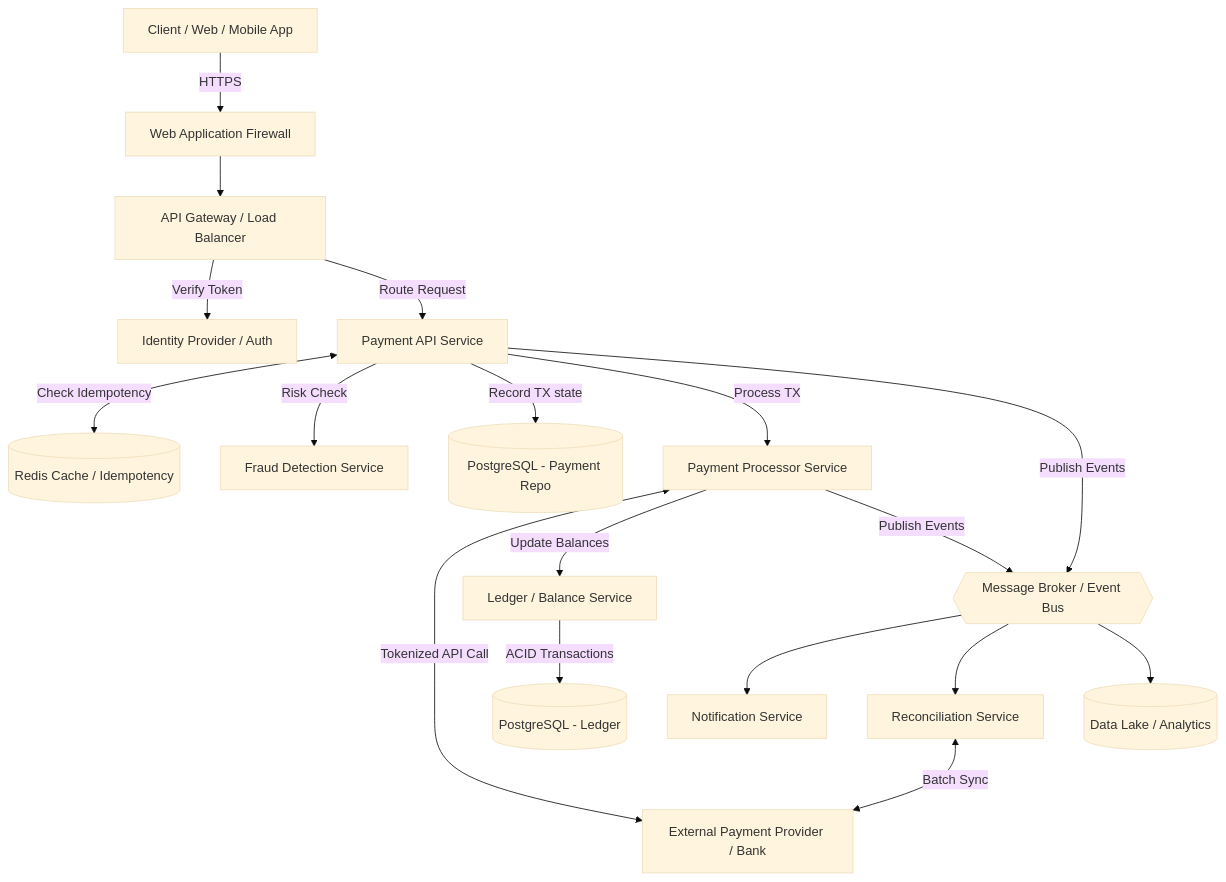
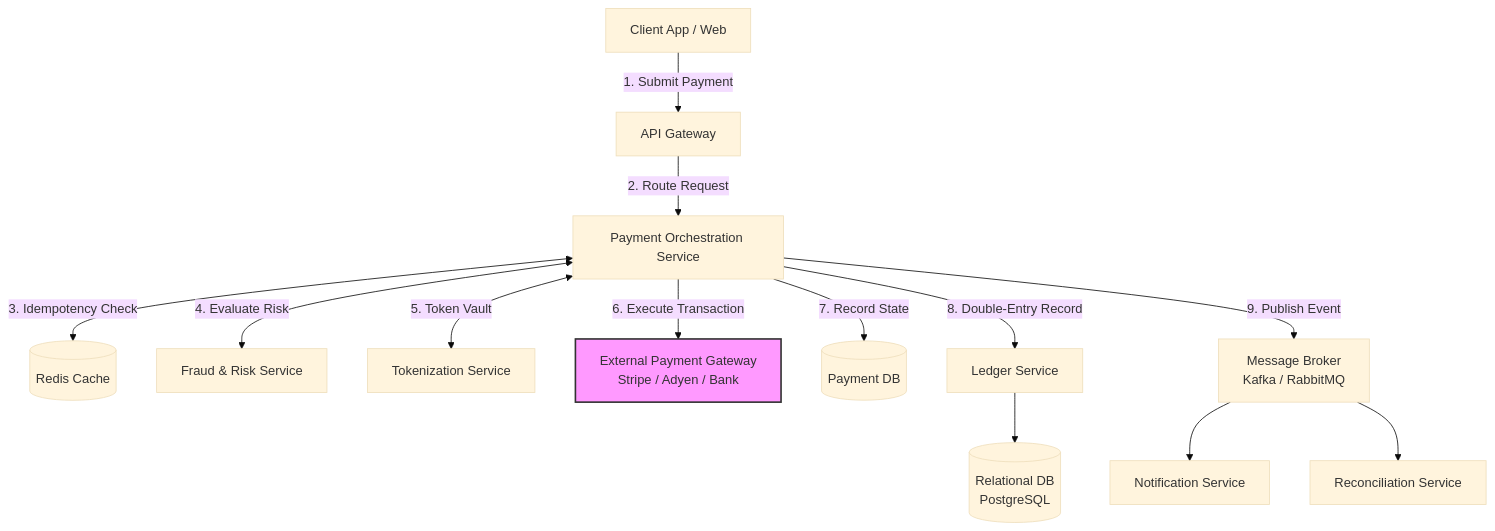
The diagram in Design_a_Payment_Processing_System.md (AdrianTorjKobza/System_Design), drawn with Mermaid (base theme) before and after one commit. The commit also changed other lines of this file, not shown here.

````diff
--- a/Design_a_Payment_Processing_System.md
+++ b/Design_a_Payment_Processing_System.md
@@ -8,54 +10,30 @@
 ```mermaid
 flowchart TD
-    %% External Entities
-    Client[Client / Web / Mobile App]
-    ExtBank[External Payment Provider / Bank]
+    %% Client and Entry Point
+    Client[Client App / Web] -->|1. Submit Payment| API[API Gateway]
     
-    %% API & Auth
-    WAF[Web Application Firewall]
-    Gateway[API Gateway / Load Balancer]
-    IdP[Identity Provider / Auth]
-
-    %% Core Services
-    PayAPI[Payment API Service]
-    Fraud[Fraud Detection Service]
-    Ledger[Ledger / Balance Service]
-    Processor[Payment Processor Service]
+    %% Core Payment Processing
+    API -->|2. Route Request| PS[Payment Orchestration Service]
     
-    %% Data & Cache
-    Redis[(Redis Cache / Idempotency)]
-    DB_Ledger[(PostgreSQL - Ledger)]
-    DB_Payment[(PostgreSQL - Payment Repo)]
+    %% Synchronous Checks
+    PS <-->|3. Idempotency Check| Cache[(Redis Cache)]
+    PS <-->|4. Evaluate Risk| FS[Fraud & Risk Service]
+    PS <-->|5. Token Vault| TV[Tokenization Service]
     
-    %% Async Messaging
-    Kafka{{Message Broker / Event Bus}}
+    %% External Gateway
+    PS -->|6. Execute Transaction| PSP[External Payment Gateway\nStripe / Adyen / Bank]
     
-    %% Downstream Services
-    Notifier[Notification Service]
-    Recon[Reconciliation Service]
-    DataLake[(Data Lake / Analytics)]
-
-    %% Flow Connections
-    Client -->|HTTPS| WAF
-    WAF --> Gateway
-    Gateway -->|Verify Token| IdP
-    Gateway -->|Route Request| PayAPI
+    %% Storage & Ledger
+    PS -->|7. Record State| DB[(Payment DB)]
+    PS -->|8. Double-Entry Record| LS[Ledger Service]
+    LS --> LDB[(Relational DB\nPostgreSQL)]
     
-    PayAPI <-->|Check Idempotency| Redis
-    PayAPI -->|Risk Check| Fraud
-    PayAPI -->|Record TX state| DB_Payment
-    PayAPI -->|Process TX| Processor
+    %% Asynchronous Processing
+    PS -->|9. Publish Event| MB[Message Broker\nKafka / RabbitMQ]
+    MB --> NS[Notification Service]
+    MB --> RS[Reconciliation Service]
     
-    Processor <-->|Tokenized API Call| ExtBank
-    Processor -->|Update Balances| Ledger
-    Ledger -->|ACID Transactions| DB_Ledger
-    
-    PayAPI -->|Publish Events| Kafka
-    Processor -->|Publish Events| Kafka
-    
-    Kafka --> Notifier
-    Kafka --> Recon
-    Kafka --> DataLake
-    
-    Recon <-->|Batch Sync| ExtBank
+    %% Styling
+    classDef external fill:#f9f,stroke:#333,stroke-width:2px;
+    class PSP external;
 ```
````
